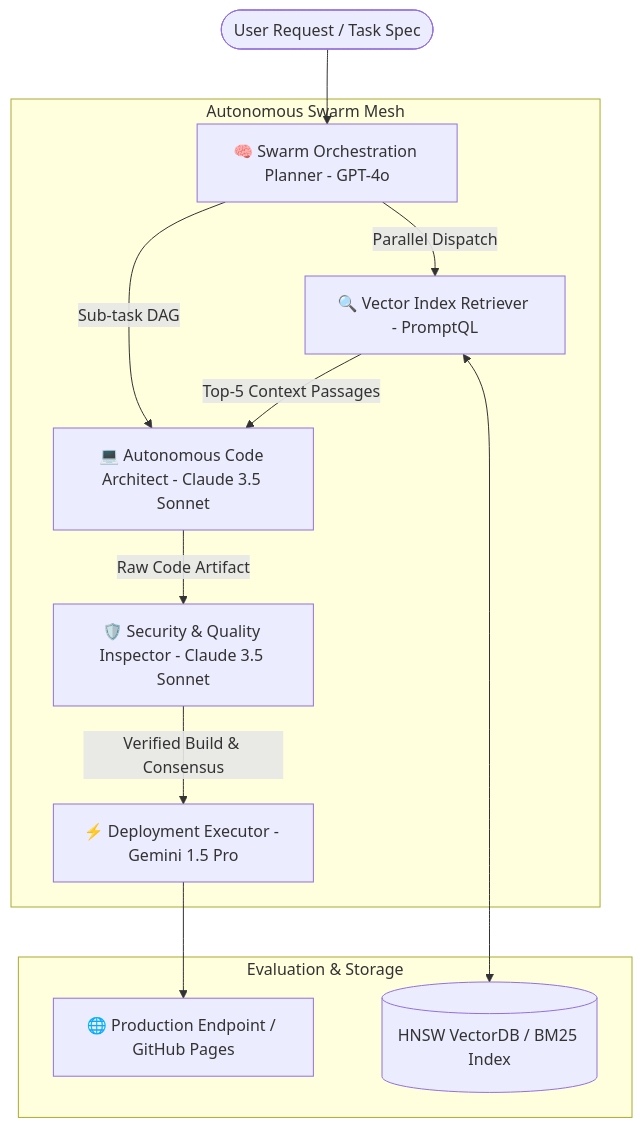
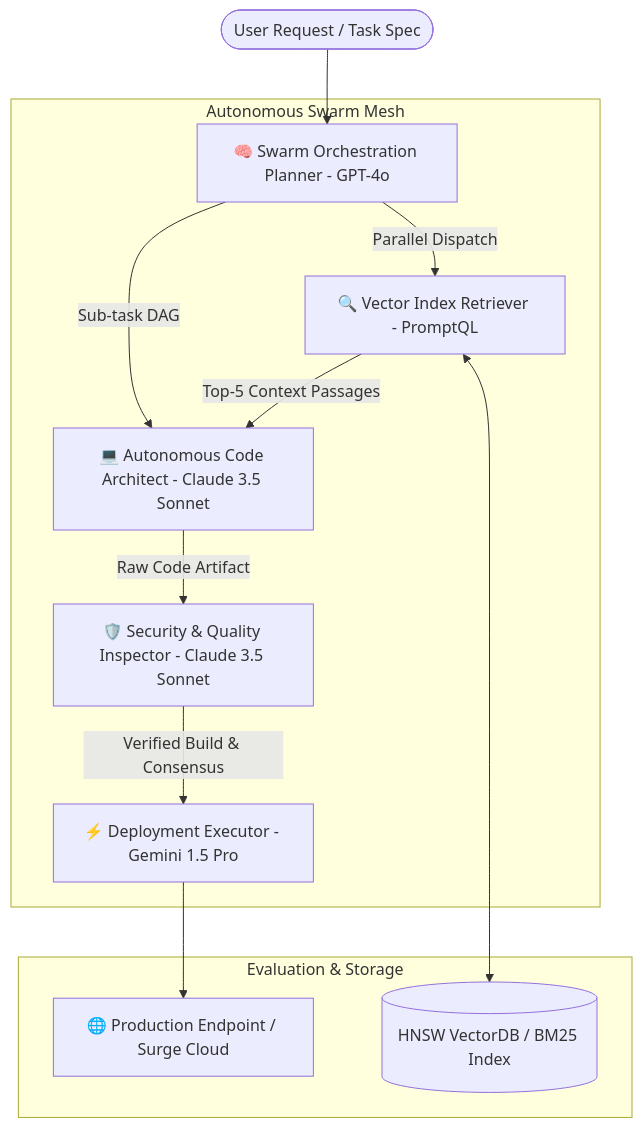
The diagram in README.md (gelivisasi/neuraflow-ai), drawn with Mermaid before and after one commit. The commit also changed other lines of this file and 7 other files, not shown here.

Commit message:
feat: rebrand product to NeuraFlow AI with live Surge Cloud deployment

````diff
--- a/README.md
+++ b/README.md
@@ -21,18 +21,18 @@
 ```mermaid
 graph TD
     User([User Request / Task Spec]) --> Planner[🧠 Swarm Orchestration Planner - GPT-4o]
     
     subgraph Autonomous Swarm Mesh
         Planner -->|Parallel Dispatch| Retriever[🔍 Vector Index Retriever - PromptQL]
         Planner -->|Sub-task DAG| Coder[💻 Autonomous Code Architect - Claude 3.5 Sonnet]
         
         Retriever -->|Top-5 Context Passages| Coder
         Coder -->|Raw Code Artifact| Critic[🛡️ Security & Quality Inspector - Claude 3.5 Sonnet]
         Critic -->|Verified Build & Consensus| Executor[⚡ Deployment Executor - Gemini 1.5 Pro]
     end
 
     subgraph Evaluation & Storage
-        Executor --> LiveEndpoint[🌐 Production Endpoint / GitHub Pages]
+        Executor --> LiveEndpoint[🌐 Production Endpoint / Surge Cloud]
         Retriever <--> Milvus[(HNSW VectorDB / BM25 Index)]
     end
 ```
````
